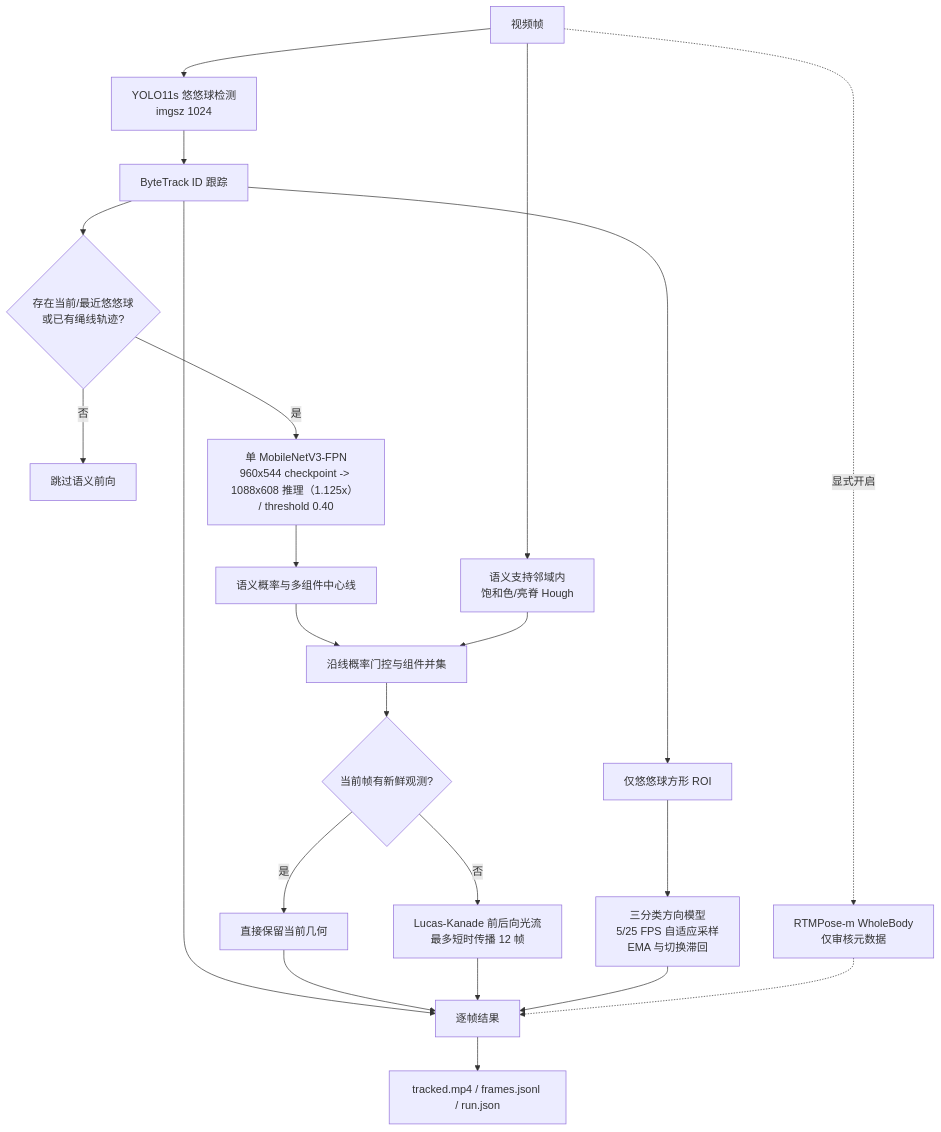
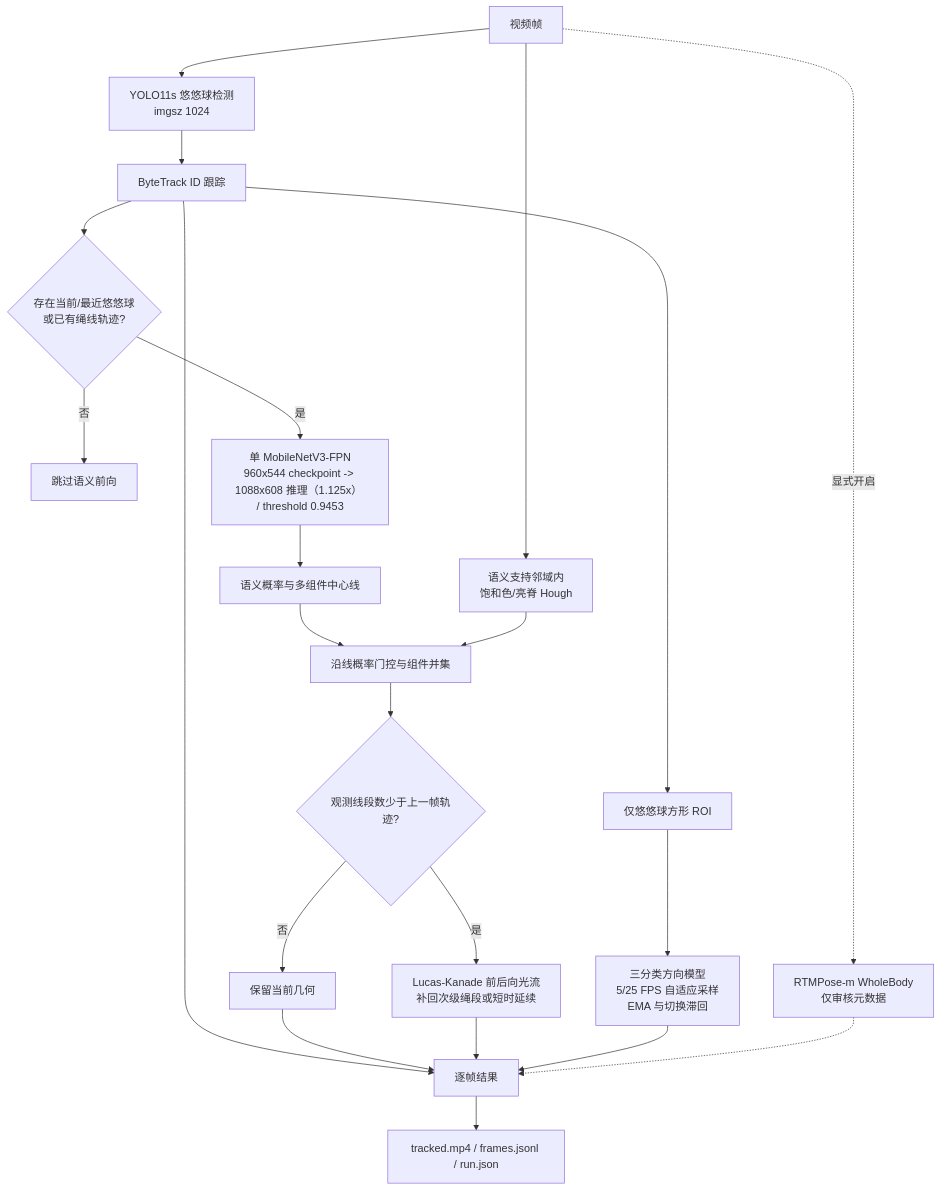
The diagram in reports/architecture_pipeline.md (EvannZhongg/YoYo-Model), drawn with Mermaid before and after one commit. The commit also changed 8 other files, not shown here.

````diff
--- a/reports/architecture_pipeline.md
+++ b/reports/architecture_pipeline.md
@@ -5,28 +5,28 @@
 ```mermaid
 flowchart TD
     A[视频帧] --> B[YOLO11s 悠悠球检测<br/>imgsz 1024]
     B --> C[ByteTrack ID 跟踪]
 
     C --> D{存在当前/最近悠悠球<br/>或已有绳线轨迹?}
     D -->|否| E[跳过语义前向]
-    D -->|是| F[单 MobileNetV3-FPN<br/>960x544 checkpoint -> 1088x608 推理（1.125x） / threshold 0.40]
+    D -->|是| F[单 MobileNetV3-FPN<br/>960x544 checkpoint -> 1088x608 推理（1.125x） / threshold 0.9453]
     F --> G[语义概率与多组件中心线]
     A --> H[语义支持邻域内<br/>饱和色/亮脊 Hough]
     G --> I[沿线概率门控与组件并集]
     H --> I
 
-    I --> J{当前帧有新鲜观测?}
-    J -->|是| K[直接保留当前几何]
-    J -->|否| L[Lucas-Kanade 前后向光流<br/>最多短时传播 12 帧]
+    I --> J{观测线段数少于上一帧轨迹?}
+    J -->|否| K[保留当前几何]
+    J -->|是| L[Lucas-Kanade 前后向光流<br/>补回次级绳段或短时延续]
 
     C --> M[仅悠悠球方形 ROI]
     M --> N[三分类方向模型<br/>5/25 FPS 自适应采样<br/>EMA 与切换滞回]
     A -. 显式开启 .-> O[RTMPose-m WholeBody<br/>仅审核元数据]
 
     C --> P[逐帧结果]
     K --> P
     L --> P
     N --> P
     O -.-> P
     P --> Q[tracked.mp4 / frames.jsonl / run.json]
 ```
````
